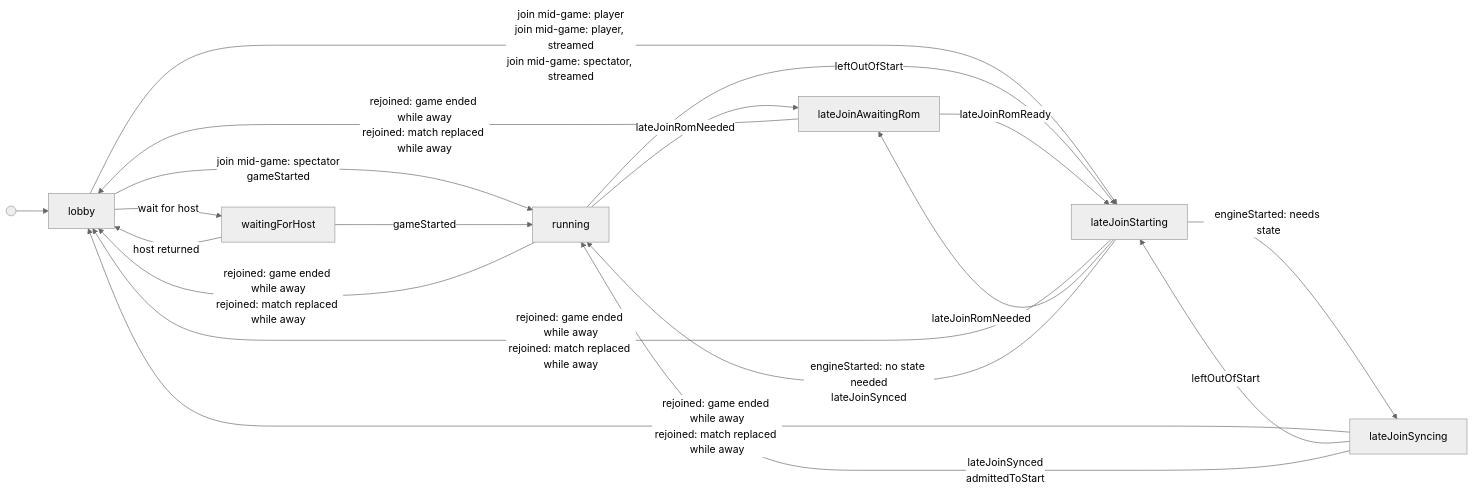
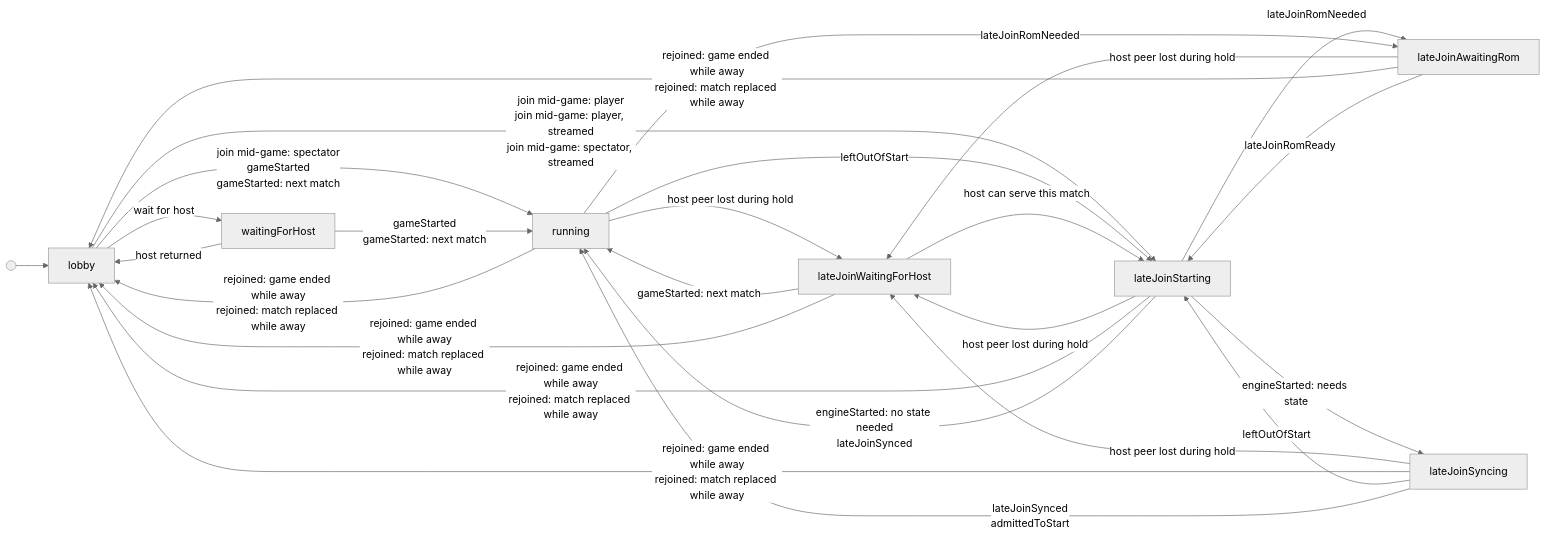
The first of 3 diagrams in docs/session-machine.md (kwilson21/kaillera-next), drawn with Mermaid (neutral theme) before and after one commit. The commit also changed other lines of this file and 23 other files, not shown here.

````diff
--- a/docs/session-machine.md
+++ b/docs/session-machine.md
@@ -6,21 +6,28 @@
 ```mermaid
 flowchart LR
   start(( )) --> lobby
   lobby -->|"wait for host"| waitingForHost
   lobby -->|"join mid-game: player<br/>join mid-game: player, streamed<br/>join mid-game: spectator, streamed"| lateJoinStarting
-  lobby -->|"join mid-game: spectator<br/>gameStarted"| running
+  lobby -->|"join mid-game: spectator<br/>gameStarted<br/>gameStarted: next match"| running
   waitingForHost -->|"host returned"| lobby
-  waitingForHost -->|"gameStarted"| running
+  waitingForHost -->|"gameStarted<br/>gameStarted: next match"| running
+  lateJoinStarting -->|"host peer lost during hold"| lateJoinWaitingForHost
   lateJoinStarting -->|"rejoined: game ended while away<br/>rejoined: match replaced while away"| lobby
   lateJoinStarting -->|"lateJoinRomNeeded"| lateJoinAwaitingRom
   lateJoinStarting -->|"engineStarted: needs state"| lateJoinSyncing
   lateJoinStarting -->|"engineStarted: no state needed<br/>lateJoinSynced"| running
+  running -->|"host peer lost during hold"| lateJoinWaitingForHost
   running -->|"rejoined: game ended while away<br/>rejoined: match replaced while away"| lobby
   running -->|"lateJoinRomNeeded"| lateJoinAwaitingRom
   running -->|"leftOutOfStart"| lateJoinStarting
+  lateJoinWaitingForHost -->|"host can serve this match"| lateJoinStarting
+  lateJoinWaitingForHost -->|"gameStarted: next match"| running
+  lateJoinWaitingForHost -->|"rejoined: game ended while away<br/>rejoined: match replaced while away"| lobby
+  lateJoinAwaitingRom -->|"host peer lost during hold"| lateJoinWaitingForHost
   lateJoinAwaitingRom -->|"rejoined: game ended while away<br/>rejoined: match replaced while away"| lobby
   lateJoinAwaitingRom -->|"lateJoinRomReady"| lateJoinStarting
+  lateJoinSyncing -->|"host peer lost during hold"| lateJoinWaitingForHost
   lateJoinSyncing -->|"rejoined: game ended while away<br/>rejoined: match replaced while away"| lobby
   lateJoinSyncing -->|"leftOutOfStart"| lateJoinStarting
   lateJoinSyncing -->|"lateJoinSynced<br/>admittedToStart"| running
 ```
````
